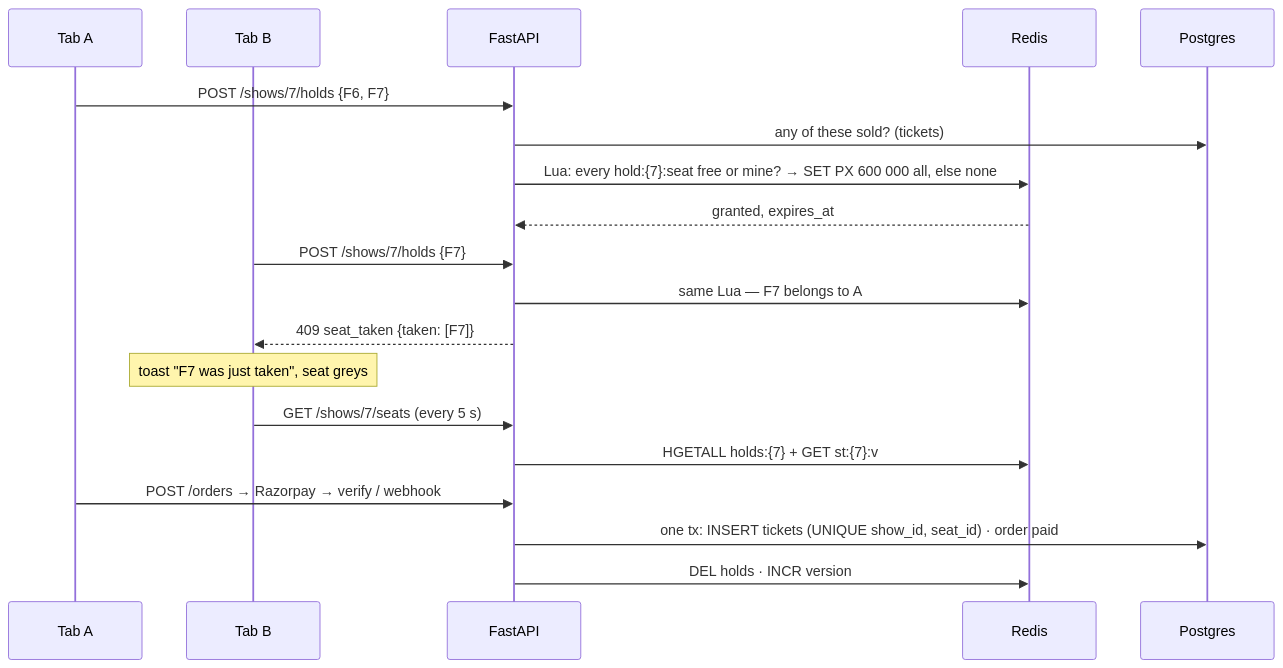
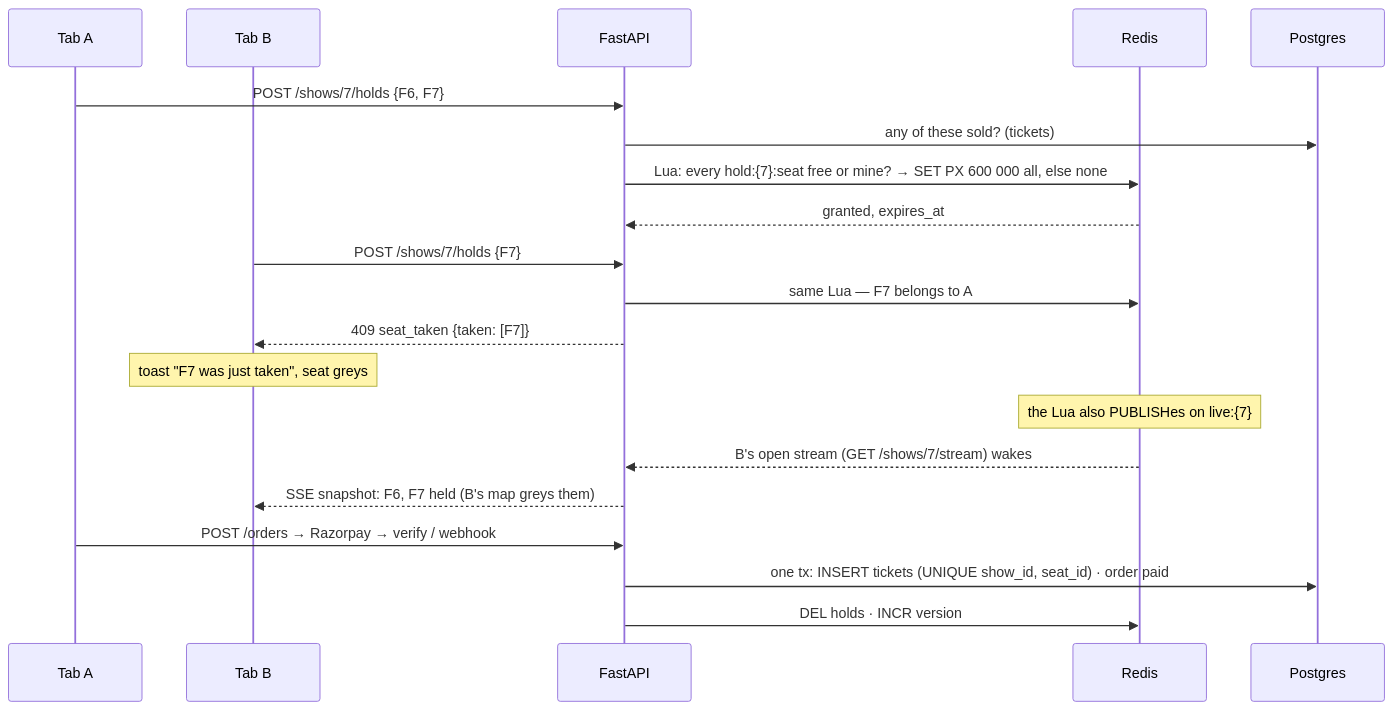
One commit to virajdomadia/frontrow changed the diagram in README.md. Above: the diagram before and after it, drawn with Mermaid. The commit also changed other lines of this file and 14 other files, not shown here.

First line of the commit message:
L1: live seat updates (SSE woken by Redis pub/sub, polling fallback)

````diff
--- a/README.md
+++ b/README.md
@@ -21,21 +21,22 @@
 ```mermaid
 sequenceDiagram
   participant A as Tab A
   participant B as Tab B
   participant API as FastAPI
   participant R as Redis
   participant PG as Postgres
   A->>API: POST /shows/7/holds {F6, F7}
   API->>PG: any of these sold? (tickets)
   API->>R: Lua: every hold:{7}:seat free or mine? → SET PX 600 000 all, else none
   R-->>API: granted, expires_at
   B->>API: POST /shows/7/holds {F7}
   API->>R: same Lua — F7 belongs to A
   API-->>B: 409 seat_taken {taken: [F7]}
   Note over B: toast "F7 was just taken", seat greys
-  B->>API: GET /shows/7/seats (every 5 s)
-  API->>R: HGETALL holds:{7} + GET st:{7}:v
+  Note over R: the Lua also PUBLISHes on live:{7}
+  R-->>API: B's open stream (GET /shows/7/stream) wakes
+  API-->>B: SSE snapshot: F6, F7 held (B's map greys them)
   A->>API: POST /orders → Razorpay → verify / webhook
   API->>PG: one tx: INSERT tickets (UNIQUE show_id, seat_id) · order paid
   API->>R: DEL holds · INCR version
 ```
````
